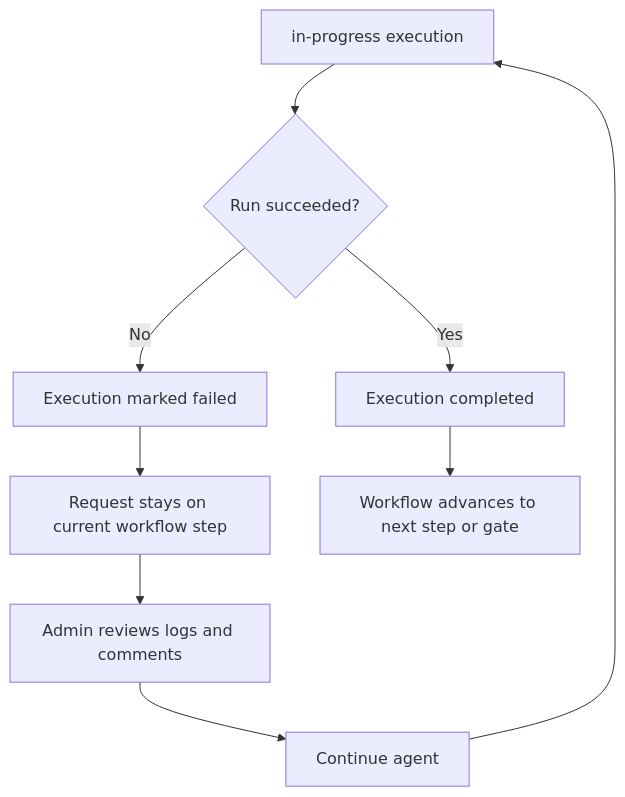
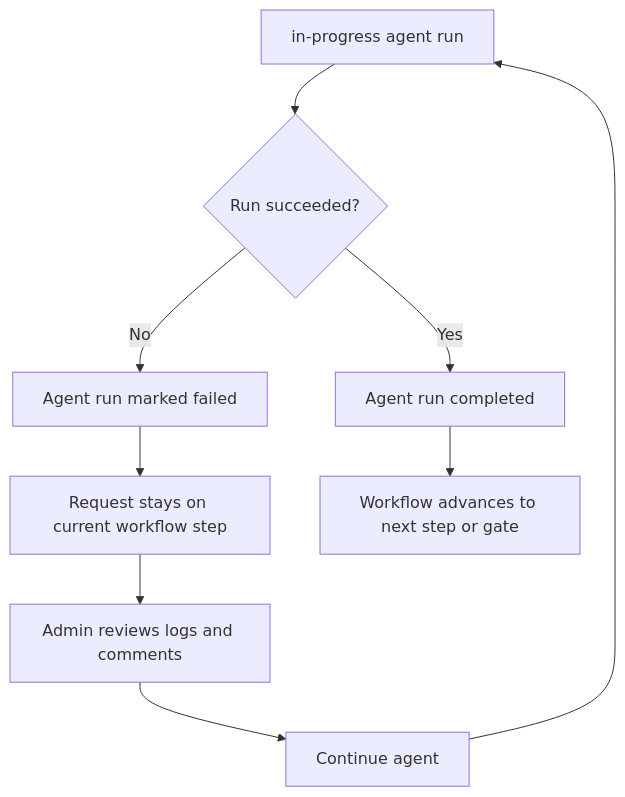
The sixth of 7 diagrams in docs/features/change-request-flow.md (superprismio/prism-railway-template), drawn with Mermaid before and after one commit. The commit also changed other lines of this file and 18 other files, not shown here.

````diff
--- a/docs/features/change-request-flow.md
+++ b/docs/features/change-request-flow.md
@@ -118,11 +118,11 @@
 ```mermaid
 flowchart TD
-    A[in-progress execution] --> B{Run succeeded?}
-    B -- No --> C[Execution marked failed]
+    A[in-progress agent run] --> B{Run succeeded?}
+    B -- No --> C[Agent run marked failed]
     C --> D[Request stays on current workflow step]
     D --> E[Admin reviews logs and comments]
     E --> F[Continue agent]
     F --> A
-    B -- Yes --> G[Execution completed]
+    B -- Yes --> G[Agent run completed]
     G --> H[Workflow advances to next step or gate]
 ```
````
